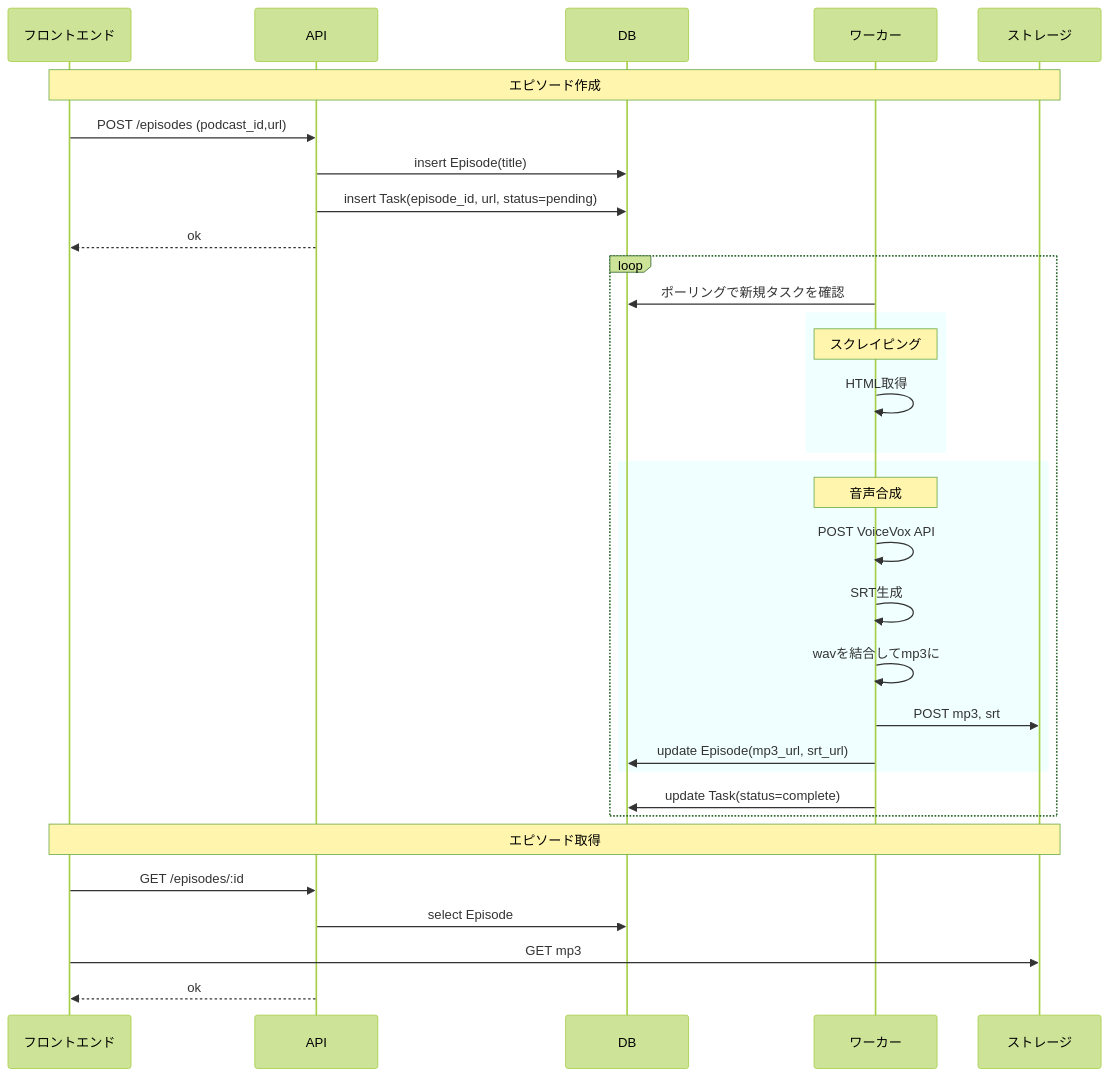
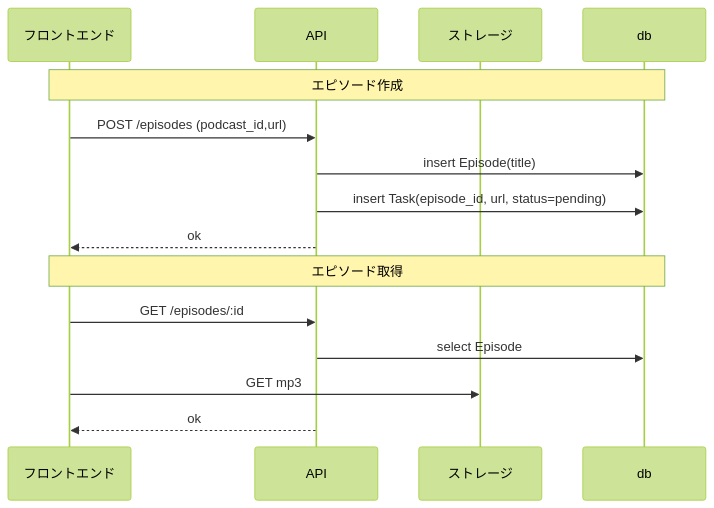
The first of 3 diagrams in ARCHITECTURE.md (wakame-tech/botcast), drawn with Mermaid (forest theme) before and after one commit. The commit also changed other lines of this file, not shown here.

Commit message:
update: add summarize task sequences

````diff
--- a/ARCHITECTURE.md
+++ b/ARCHITECTURE.md
@@ -52,42 +53,21 @@
 ```mermaid
 sequenceDiagram
     participant web as フロントエンド
     participant api as API
-    participant db as DB
-    participant worker as ワーカー
     participant storage as ストレージ
-
-    note over web, storage: エピソード作成
+    
+    note over web, db: エピソード作成
 
     web ->> api: POST /episodes (podcast_id,url)
     api ->> db: insert Episode(title)
     api ->> db: insert Task(episode_id, url, status=pending)
     api -->> web: ok
-
-    loop
-      worker ->> db: ポーリングで新規タスクを確認
-      rect azure
-        note over worker: スクレイピング
-        worker ->> worker: HTML取得
-      end
-      
-      rect azure
-        note over worker: 音声合成
-        worker ->> worker: POST VoiceVox API
-        worker ->> worker: SRT生成
-        worker ->> worker: wavを結合してmp3に
-        worker ->> storage: POST mp3, srt
-        worker ->> db: update Episode(mp3_url, srt_url)
-      end
-
-      worker ->> db: update Task(status=complete)
-    end
-    
-    note over web, storage: エピソード取得
+ 
+    note over web, db: エピソード取得
 
     web ->> api: GET /episodes/:id
     api ->> db: select Episode
     web ->> storage: GET mp3
     api -->> web: ok
 
 ```
````
